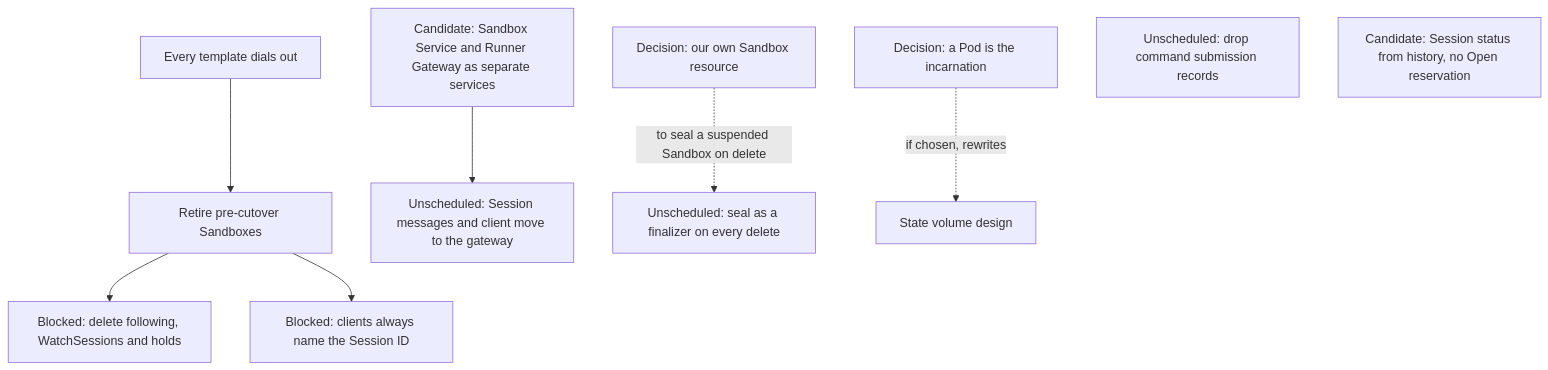
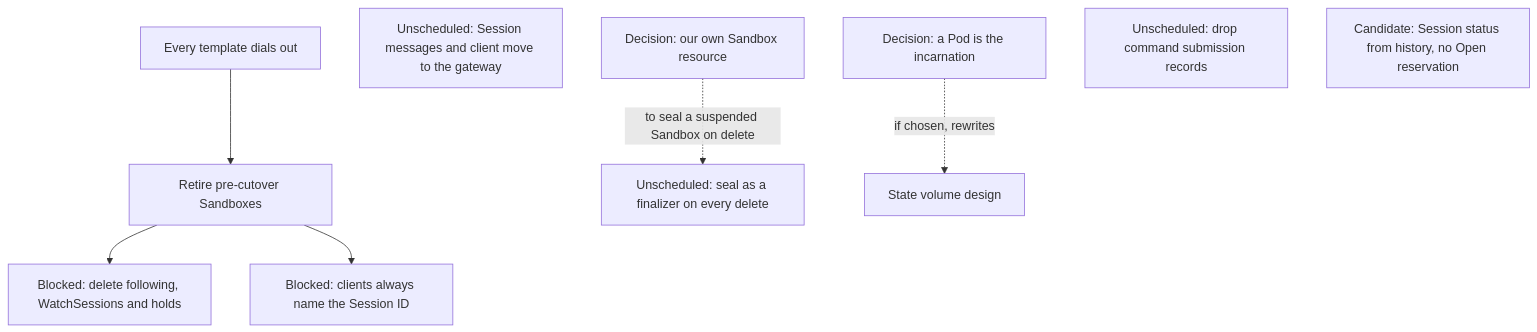
Before and after one commit to agentydragon-agent/ducktape: diagram 12 of 12 in agentplane/plans/task_dag.md, drawn with Mermaid. The commit also changed other lines of this file and 39 other files, not shown here.

````diff
--- a/agentplane/plans/task_dag.md
+++ b/agentplane/plans/task_dag.md
@@ -892,19 +891,18 @@
 ```mermaid
 flowchart TD
     RUNNER_OUTBOUND_ROLLOUT[Every template dials out]
     LEGACY_SANDBOX_RETIRE[Retire pre-cutover Sandboxes]
     FOLLOW_PATH_RETIRE[Blocked: delete following, WatchSessions and holds]
-    SANDBOX_SERVICE_DEPLOYMENT_SPLIT[Candidate: Sandbox Service and Runner Gateway as separate services]
-    SANDBOX_SERVICE_DEPLOYMENT_SPLIT --> GATEWAY_CLIENT_SPLIT[Unscheduled: Session messages and client move to the gateway]
+    GATEWAY_CLIENT_SPLIT[Unscheduled: Session messages and client move to the gateway]
     AGENTPLANE_SANDBOX_RESOURCE[Decision: our own Sandbox resource]
     POD_INCARNATION[Decision: a Pod is the incarnation]
     SEAL_FINALIZER[Unscheduled: seal as a finalizer on every delete]
     COMMAND_RECORDS_RETIRE[Unscheduled: drop command submission records]
     SESSION_ID_MINT_RETIRE[Blocked: clients always name the Session ID]
     LOOKUP_SESSION_RETIRE[Candidate: Session status from history, no Open reservation]
     RUNNER_OUTBOUND_ROLLOUT --> LEGACY_SANDBOX_RETIRE
     LEGACY_SANDBOX_RETIRE --> FOLLOW_PATH_RETIRE
     AGENTPLANE_SANDBOX_RESOURCE -. to seal a suspended Sandbox on delete .-> SEAL_FINALIZER
     POD_INCARNATION -. if chosen, rewrites .-> SESSION_STATE_VOLUME_DESIGN[State volume design]
     LEGACY_SANDBOX_RETIRE --> SESSION_ID_MINT_RETIRE
 ```
````
